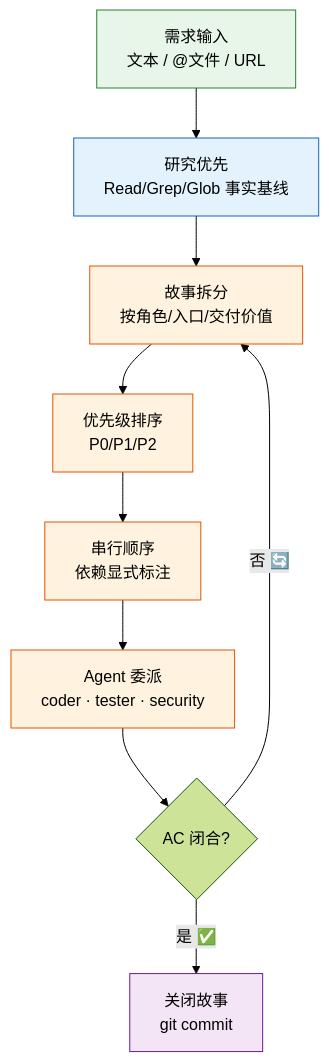
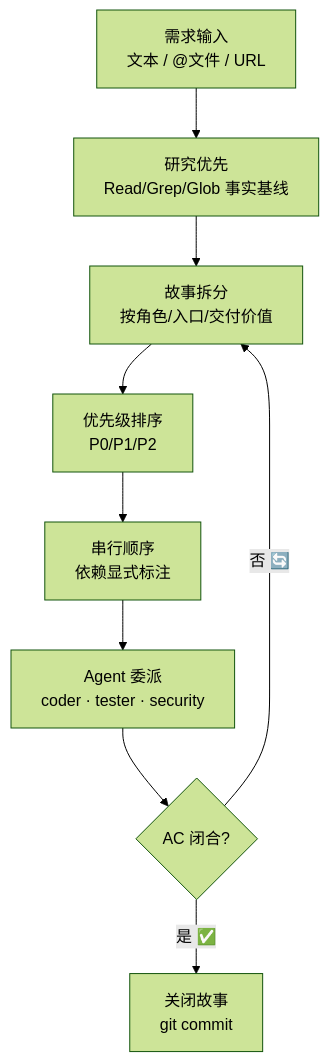
One commit to effiy/YrY changed the first of 5 diagrams in agents/pm.md. Above: the diagram before and after it, drawn with Mermaid (forest theme). The commit also changed other lines of this file and 9 other files, not shown here.

````diff
--- a/agents/pm.md
+++ b/agents/pm.md
@@ -15,16 +15,12 @@
 ```mermaid
 flowchart TB
     REQ["需求输入<br/>文本 / @文件 / URL"]:::src --> RS["研究优先<br/>Read/Grep/Glob 事实基线"]:::rs
     RS --> SPLIT["故事拆分<br/>按角色/入口/交付价值"]:::pm
     SPLIT --> PRI["优先级排序<br/>P0/P1/P2"]:::pm
     PRI --> SEQ["串行顺序<br/>依赖显式标注"]:::pm
     SEQ --> DEL["Agent 委派<br/>coder · tester · security"]:::pm
     DEL --> AC{"AC 闭合?"}
     AC -->|"否 🔄"| SPLIT
     AC -->|"是 ✅"| CLOSE["关闭故事<br/>git commit"]:::done
 
-    classDef src fill:#e8f5e9,stroke:#2e7d32;
-    classDef rs fill:#e3f2fd,stroke:#1565c0;
-    classDef pm fill:#fff3e0,stroke:#e65100;
-    classDef done fill:#f3e5f5,stroke:#6a1b9a;
 ```
````
